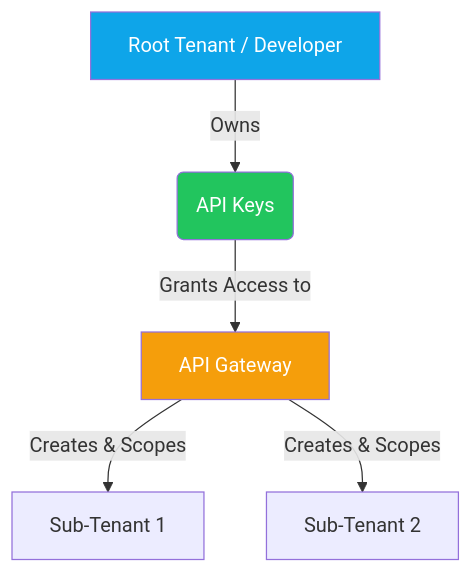
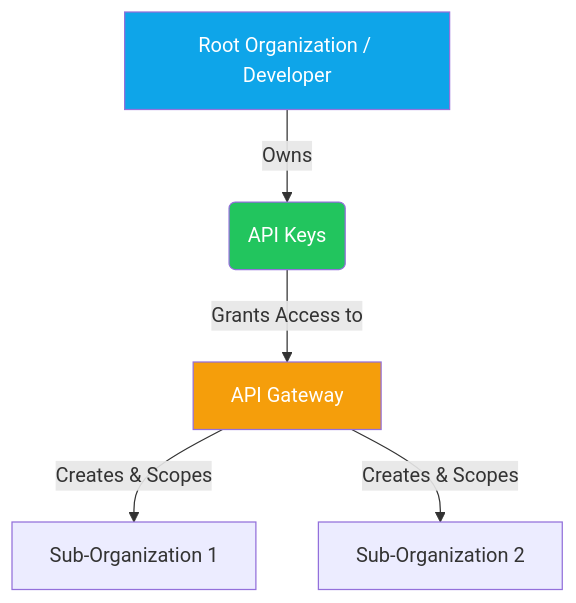
One commit to resper1965/standard-api changed the diagram in apps/docs/src/content/docs/api/authentication.md. Above: the diagram before and after it, drawn with Mermaid. The commit also changed other lines of this file and 507 other files, not shown here.

````diff
--- a/apps/docs/src/content/docs/api/authentication.md
+++ b/apps/docs/src/content/docs/api/authentication.md
@@ -17,11 +17,11 @@
 ```mermaid
 graph TD
-    A[Root Tenant / Developer] -->|Owns| B(API Keys)
+    A[Root Organization / Developer] -->|Owns| B(API Keys)
     B -->|Grants Access to| C[API Gateway]
-    C -->|Creates & Scopes| D[Sub-Tenant 1]
-    C -->|Creates & Scopes| E[Sub-Tenant 2]
+    C -->|Creates & Scopes| D[Sub-Organization 1]
+    C -->|Creates & Scopes| E[Sub-Organization 2]
     
     style A fill:#0ea5e9,color:#fff
     style B fill:#22c55e,color:#fff
     style C fill:#f59e0b,color:#fff
 ```
````
